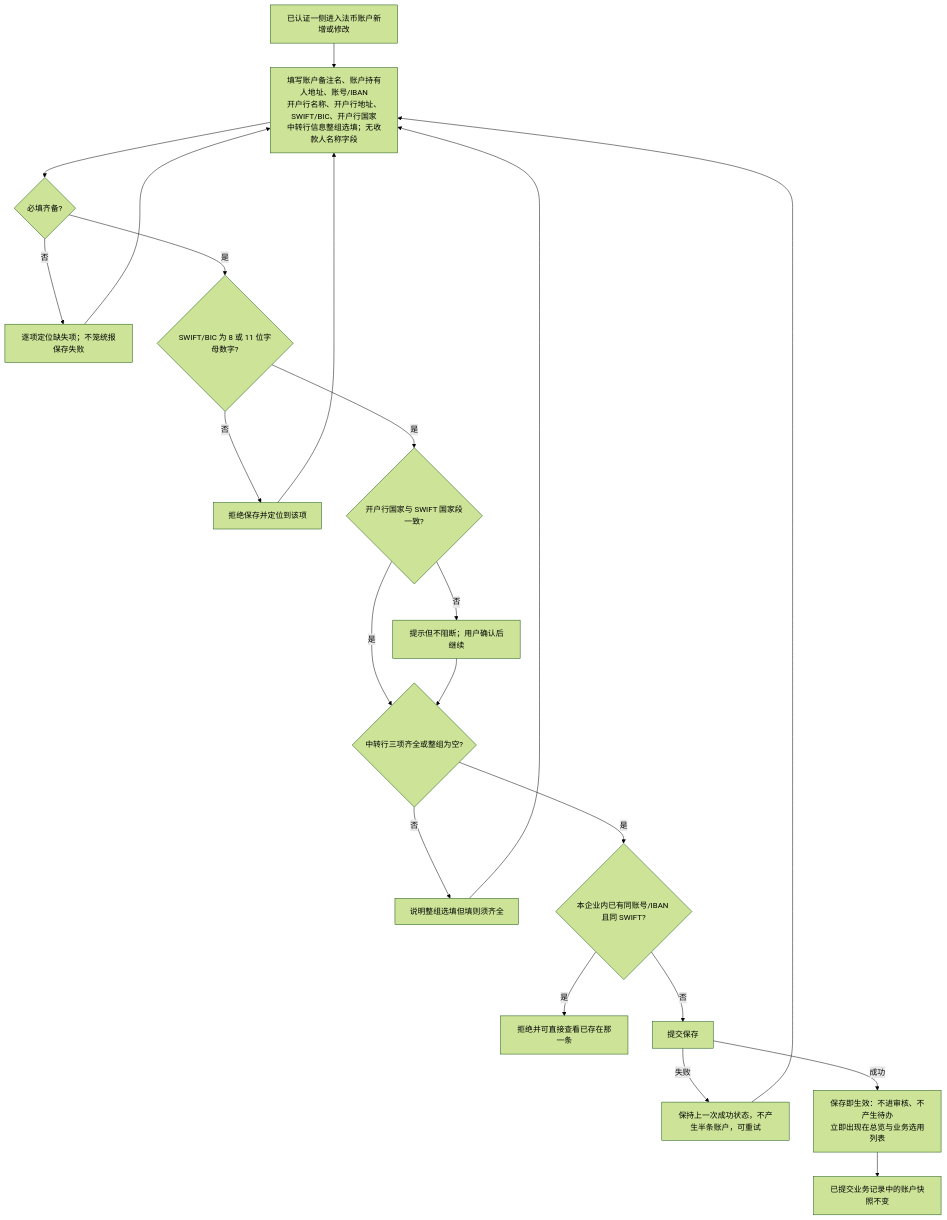
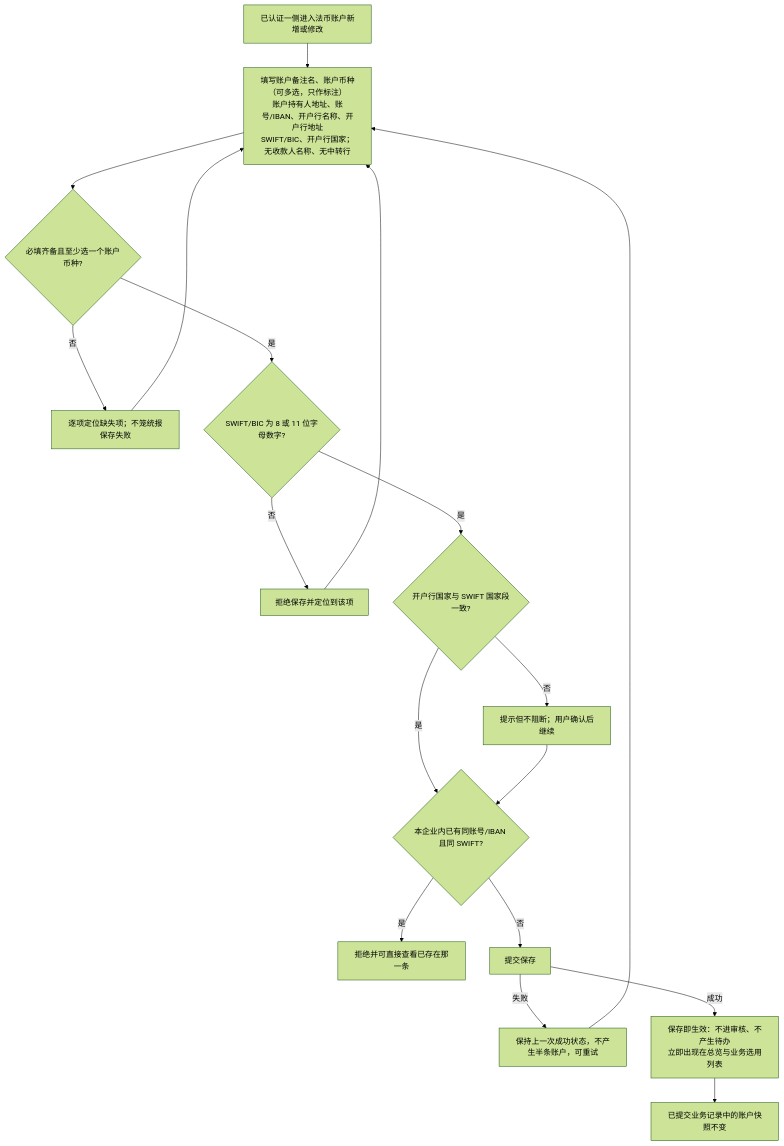
Before and after one commit to wxblockchain/Chain-Financing: the second of 7 diagrams in lending-platform/PRD/面客端/03-企业账户/02-企业账户-流程图与状态机.md, drawn with Mermaid (forest theme). The commit also changed other lines of this file and 7 other files, not shown here.

````diff
--- a/lending-platform/PRD/面客端/03-企业账户/02-企业账户-流程图与状态机.md
+++ b/lending-platform/PRD/面客端/03-企业账户/02-企业账户-流程图与状态机.md
@@ -39,23 +39,20 @@
 ```mermaid
 flowchart TD
-    A[已认证一侧进入法币账户新增或修改] --> B[填写账户备注名、账户持有人地址、账号/IBAN<br/>开户行名称、开户行地址、SWIFT/BIC、开户行国家<br/>中转行信息整组选填；无收款人名称字段]
-    B --> C{必填齐备?}
+    A[已认证一侧进入法币账户新增或修改] --> B[填写账户备注名、账户币种（可多选，只作标注）<br/>账户持有人地址、账号/IBAN、开户行名称、开户行地址<br/>SWIFT/BIC、开户行国家；无收款人名称、无中转行]
+    B --> C{必填齐备且至少选一个账户币种?}
     C -->|否| D[逐项定位缺失项；不笼统报保存失败]
     D --> B
     C -->|是| E{SWIFT/BIC 为 8 或 11 位字母数字?}
     E -->|否| F[拒绝保存并定位到该项]
     F --> B
     E -->|是| G{开户行国家与 SWIFT 国家段一致?}
     G -->|否| H[提示但不阻断；用户确认后继续]
-    G -->|是| I{中转行三项齐全或整组为空?}
-    H --> I
-    I -->|否| J[说明整组选填但填则须齐全]
-    J --> B
-    I -->|是| K{本企业内已有同账号/IBAN 且同 SWIFT?}
+    G -->|是| K{本企业内已有同账号/IBAN 且同 SWIFT?}
+    H --> K
     K -->|是| L[拒绝并可直接查看已存在那一条]
     K -->|否| M[提交保存]
     M -->|失败| N[保持上一次成功状态，不产生半条账户，可重试]
     N --> B
     M -->|成功| O[保存即生效：不进审核、不产生待办<br/>立即出现在总览与业务选用列表]
     O --> P[已提交业务记录中的账户快照不变]
 ```
````
